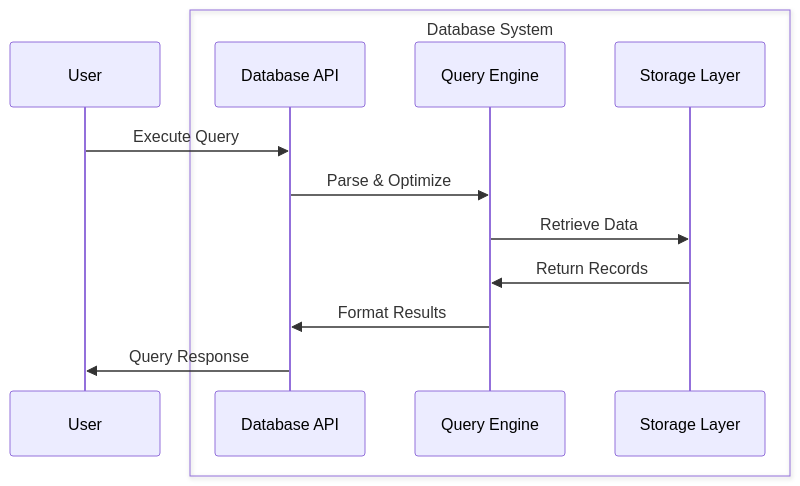
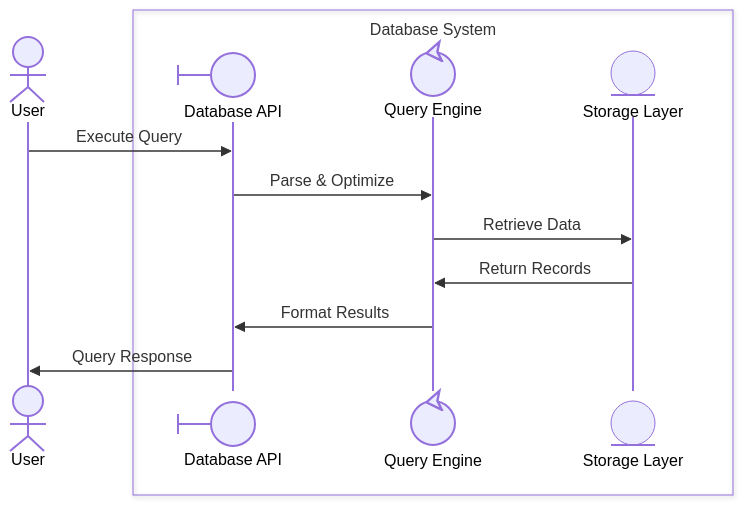
One commit to zhongadamwang/AI_Slowcooker changed the second of 9 diagrams in OrgDocument/projects/03 - Building Skills Iteration 2/artifacts/Analysis/boundary-concepts.md. Above: the diagram before and after it, drawn with Mermaid. The commit also changed other lines of this file and 2 other files, not shown here.

````diff
--- a/OrgDocument/projects/03 - Building Skills Iteration 2/artifacts/Analysis/boundary-concepts.md
+++ b/OrgDocument/projects/03 - Building Skills Iteration 2/artifacts/Analysis/boundary-concepts.md
@@ -45,17 +70,17 @@
 ```mermaid
 sequenceDiagram
-    participant User as User
+    participant User@{ "type" : "actor" } as User
     
     box Database System
-        participant API as Database API
-        participant Engine as Query Engine
-        participant Storage as Storage Layer
+        participant API@{ "type" : "boundary" } as Database API
+        participant Engine@{ "type" : "control" } as Query Engine
+        participant Storage@{ "type" : "entity" } as Storage Layer
     end
     
     User->>API: Execute Query
     API->>Engine: Parse & Optimize
     Engine->>Storage: Retrieve Data
     Storage->>Engine: Return Records
     Engine->>API: Format Results
     API->>User: Query Response
 ```
````
